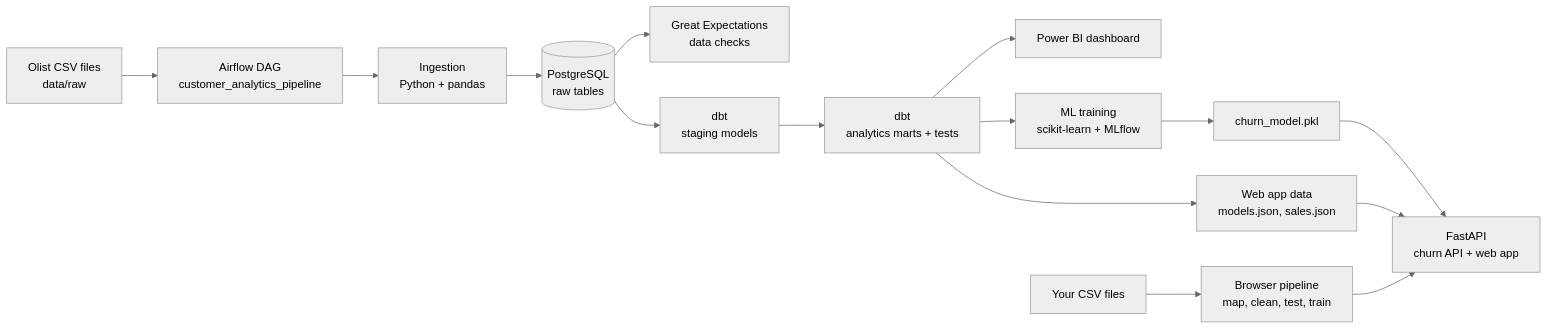
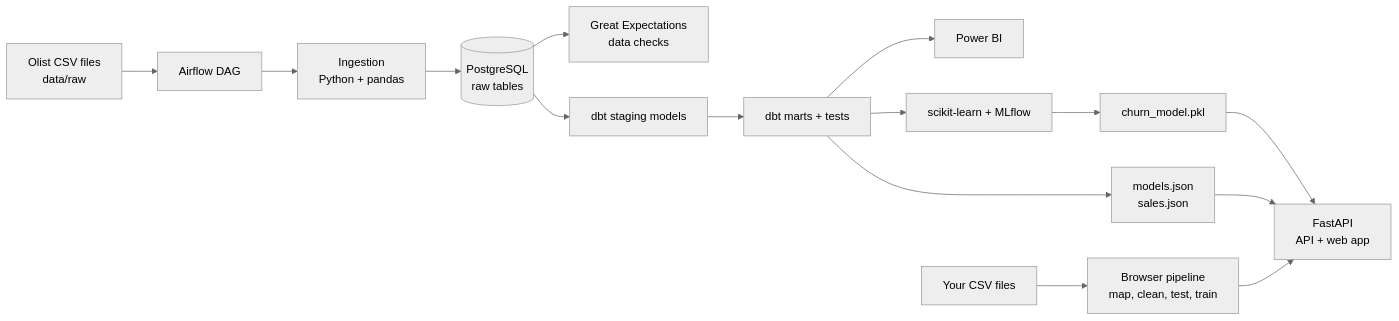
The diagram in README.md (askmadhavan/customer-analytics-platform), drawn with Mermaid (neutral theme) before and after one commit. The commit also changed other lines of this file and 8 other files, not shown here.

````diff
--- a/README.md
+++ b/README.md
@@ -89,17 +144,17 @@
 ```mermaid
 flowchart LR
-    A[Olist CSV files<br/>data/raw] --> B[Airflow DAG<br/>customer_analytics_pipeline]
+    A[Olist CSV files<br/>data/raw] --> B[Airflow DAG]
     B --> C[Ingestion<br/>Python + pandas]
     C --> D[(PostgreSQL<br/>raw tables)]
     D --> E[Great Expectations<br/>data checks]
-    D --> F[dbt<br/>staging models]
-    F --> G[dbt<br/>analytics marts + tests]
-    G --> H[Power BI dashboard]
-    G --> I[ML training<br/>scikit-learn + MLflow]
+    D --> F[dbt staging models]
+    F --> G[dbt marts + tests]
+    G --> H[Power BI]
+    G --> I[scikit-learn + MLflow]
     I --> J[churn_model.pkl]
-    J --> K[FastAPI<br/>churn API + web app]
-    G --> L[Web app data<br/>models.json, sales.json]
+    J --> K[FastAPI<br/>API + web app]
+    G --> L[models.json<br/>sales.json]
     L --> K
     M[Your CSV files] --> N[Browser pipeline<br/>map, clean, test, train]
     N --> K
 ```
````
